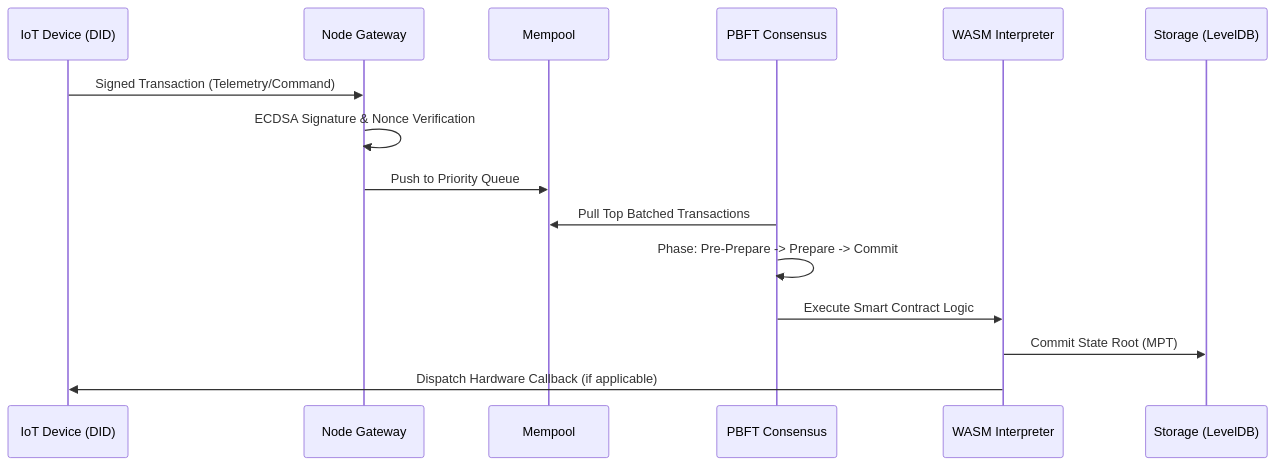
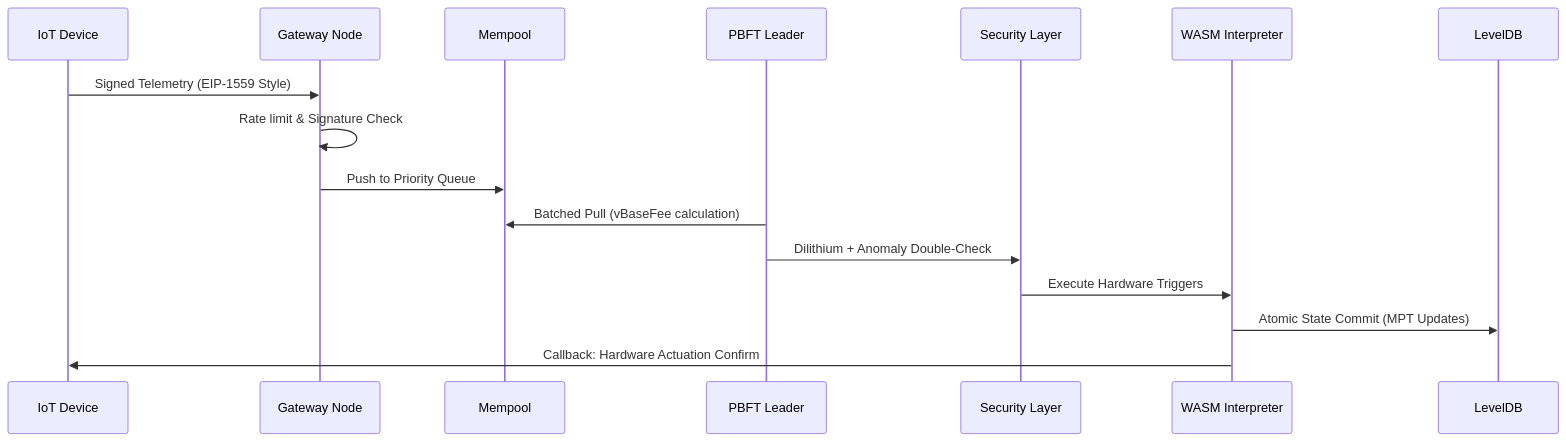
One commit to marcamgad/Blockchain changed the third of 3 diagrams in README.md. Above: the diagram before and after it, drawn with Mermaid. The commit also changed other lines of this file and 31 other files, not shown here.

````diff
--- a/README.md
+++ b/README.md
@@ -64,18 +107,19 @@
 ```mermaid
 sequenceDiagram
-    participant Device as IoT Device (DID)
-    participant API as Node Gateway
-    participant MP as Mempool
-    participant CONS as PBFT Consensus
+    participant D as IoT Device
+    participant G as Gateway Node
+    participant M as Mempool
+    participant P as PBFT Leader
+    participant S as Security Layer
     participant VM as WASM Interpreter
-    participant Disk as Storage (LevelDB)
+    participant DB as LevelDB
 
-    Device->>API: Signed Transaction (Telemetry/Command)
-    API->>API: ECDSA Signature & Nonce Verification
-    API->>MP: Push to Priority Queue
-    CONS->>MP: Pull Top Batched Transactions
-    CONS->>CONS: Phase: Pre-Prepare -> Prepare -> Commit
-    CONS->>VM: Execute Smart Contract Logic
-    VM->>Disk: Commit State Root (MPT)
-    VM->>Device: Dispatch Hardware Callback (if applicable)
+    D->>G: Signed Telemetry (EIP-1559 Style)
+    G->>G: Rate limit & Signature Check
+    G->>M: Push to Priority Queue
+    P->>M: Batched Pull (vBaseFee calculation)
+    P->>S: Dilithium + Anomaly Double-Check
+    S->>VM: Execute Hardware Triggers
+    VM->>DB: Atomic State Commit (MPT Updates)
+    VM->>D: Callback: Hardware Actuation Confirm
 ```
````
